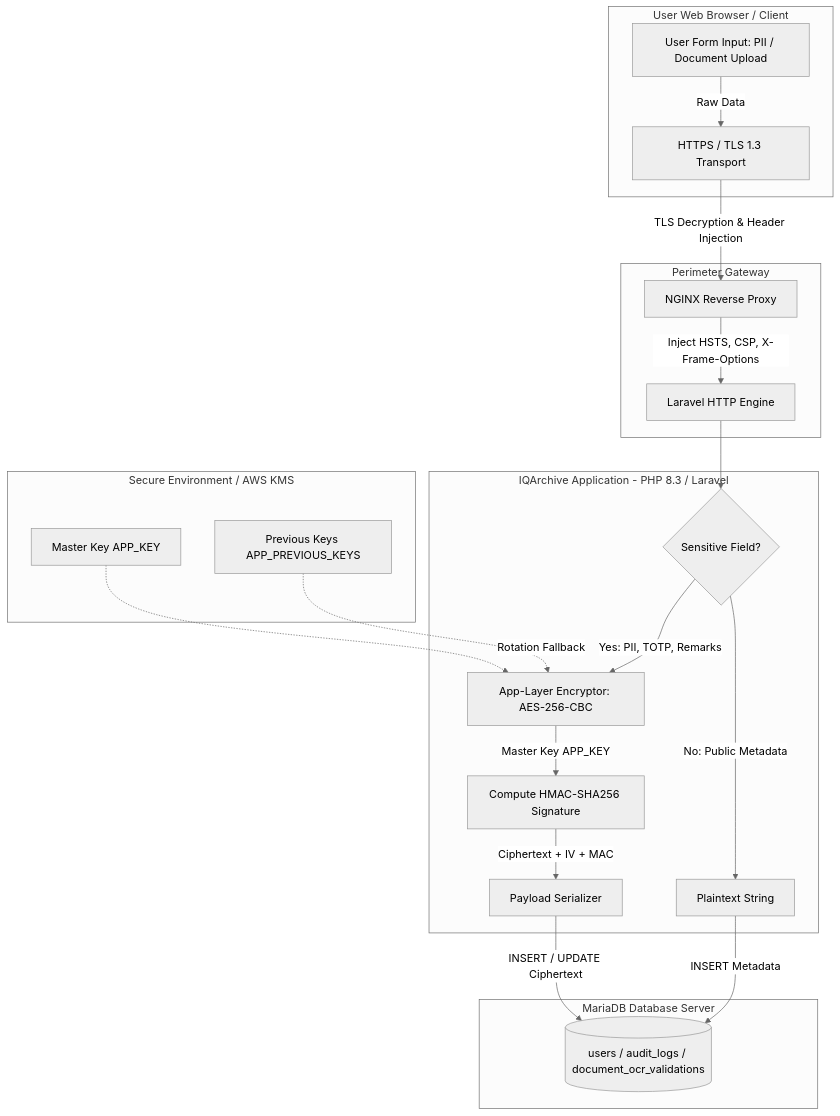
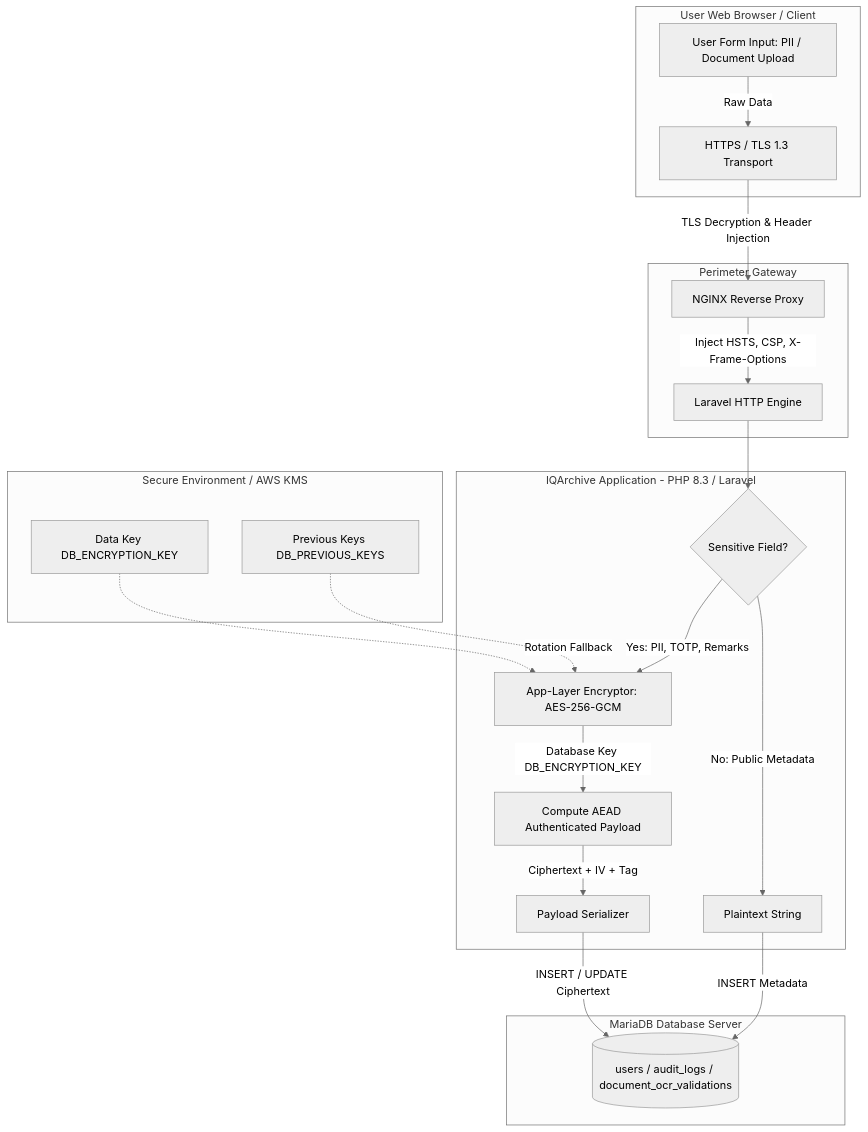
The second of 2 diagrams in security_architecture_design.md (CCVillanueva02/iqarchive-capstone-figma), drawn with Mermaid (neutral theme) before and after one commit. The commit also changed other lines of this file, not shown here.

````diff
--- a/security_architecture_design.md
+++ b/security_architecture_design.md
@@ -209,29 +271,29 @@
 ```mermaid
 graph TD
     subgraph Client Layer [User Web Browser / Client]
         A[User Form Input: PII / Document Upload] -->|Raw Data| B[HTTPS / TLS 1.3 Transport]
     end
 
     subgraph Transport Security Layer [Perimeter Gateway]
         B -->|TLS Decryption & Header Injection| C[NGINX Reverse Proxy]
         C -->|Inject HSTS, CSP, X-Frame-Options| D[Laravel HTTP Engine]
     end
 
     subgraph Application Encryption Layer [IQArchive Application - PHP 8.3 / Laravel]
         D --> E{Sensitive Field?}
-        E -->|Yes: PII, TOTP, Remarks| F[App-Layer Encryptor: AES-256-CBC]
-        F -->|Master Key APP_KEY| G[Compute HMAC-SHA256 Signature]
-        G -->|Ciphertext + IV + MAC| H[Payload Serializer]
+        E -->|Yes: PII, TOTP, Remarks| F[App-Layer Encryptor: AES-256-GCM]
+        F -->|Database Key DB_ENCRYPTION_KEY| G[Compute AEAD Authenticated Payload]
+        G -->|Ciphertext + IV + Tag| H[Payload Serializer]
         E -->|No: Public Metadata| I[Plaintext String]
     end
 
     subgraph Database Layer [MariaDB Database Server]
         H -->|INSERT / UPDATE Ciphertext| J[(users / audit_logs / document_ocr_validations)]
         I -->|INSERT Metadata| J
     end
 
     subgraph Key Management System [Secure Environment / AWS KMS]
-        K[Master Key APP_KEY] -.-> F
-        L[Previous Keys APP_PREVIOUS_KEYS] -.->|Rotation Fallback| F
+        K[Data Key DB_ENCRYPTION_KEY] -.-> F
+        L[Previous Keys DB_PREVIOUS_KEYS] -.->|Rotation Fallback| F
     end
 ```
````
